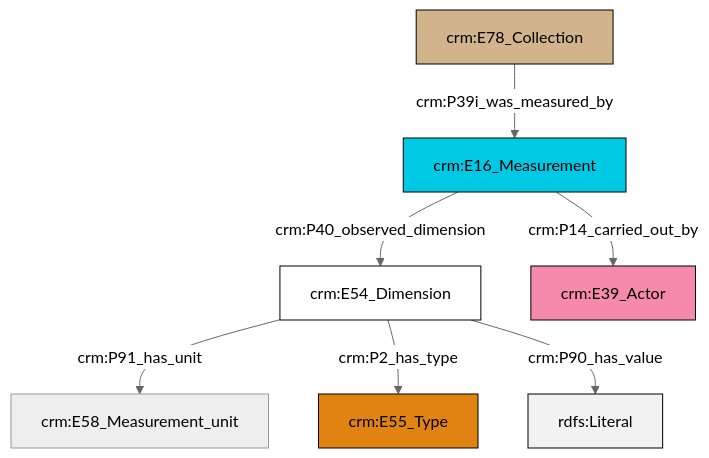
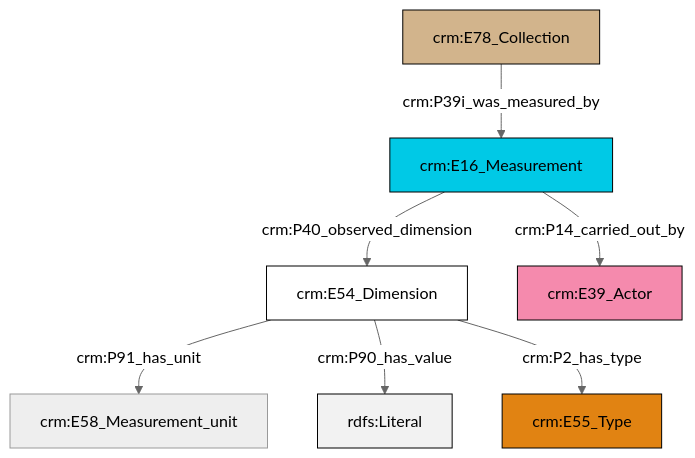
Before and after one commit to swiss-art-research-net/docs.swissartresearch: the diagram in et/archivalCSV/ttl/mmd/archival_substance.ttl.mmd, drawn with Mermaid (neutral theme). The commit also changed 176 other files, not shown here.

```diff
--- a/et/archivalCSV/ttl/mmd/archival_substance.ttl.mmd
+++ b/et/archivalCSV/ttl/mmd/archival_substance.ttl.mmd
@@ -1,21 +1,21 @@
 graph TD
 classDef Literal fill:#f2f2f2,stroke:#000000;
 classDef CRM_Entity fill:#FFFFFF,stroke:#000000;
 classDef Temporal_Entity fill:#00C9E6, stroke:#000000;
 classDef Type fill:#E18312, stroke:#000000;
 classDef Time-Span fill:#2C9C91, stroke:#000000;
 classDef Appellation fill:#FFEB7F, stroke:#000000;
 classDef Place fill:#008836, stroke:#000000;
 classDef Persistent_Item fill:#B266B2, stroke:#000000;
 classDef Conceptual_Object fill:#FFD700, stroke:#000000;
 classDef Physical_Thing fill:#D2B48C, stroke:#000000;
 classDef Actor fill:#f58aad, stroke:#000000;
 classDef PC_Classes fill:#4ce600, stroke:#000000;
 classDef Multi fill:#cccccc,stroke:#000000;
 
 0["crm:E54_Dimension"]:::CRM_Entity -->|crm:P91_has_unit| 1["crm:E58_Measurement_unit"]:::Default
-6["crm:E16_Measurement"]:::Temporal_Entity -->|crm:P40_observed_dimension| 0["crm:E54_Dimension"]:::CRM_Entity
-0["crm:E54_Dimension"]:::CRM_Entity -->|crm:P2_has_type| 8["crm:E55_Type"]:::Type
-2["crm:E78_Collection"]:::Physical_Thing -->|crm:P39i_was_measured_by| 6["crm:E16_Measurement"]:::Temporal_Entity
-6["crm:E16_Measurement"]:::Temporal_Entity -->|crm:P14_carried_out_by| 4["crm:E39_Actor"]:::Actor
+2["crm:E16_Measurement"]:::Temporal_Entity -->|crm:P14_carried_out_by| 3["crm:E39_Actor"]:::Actor
 0["crm:E54_Dimension"]:::CRM_Entity -->|crm:P90_has_value| 11[rdfs:Literal]:::Literal
+4["crm:E78_Collection"]:::Physical_Thing -->|crm:P39i_was_measured_by| 2["crm:E16_Measurement"]:::Temporal_Entity
+0["crm:E54_Dimension"]:::CRM_Entity -->|crm:P2_has_type| 9["crm:E55_Type"]:::Type
+2["crm:E16_Measurement"]:::Temporal_Entity -->|crm:P40_observed_dimension| 0["crm:E54_Dimension"]:::CRM_Entity
```
